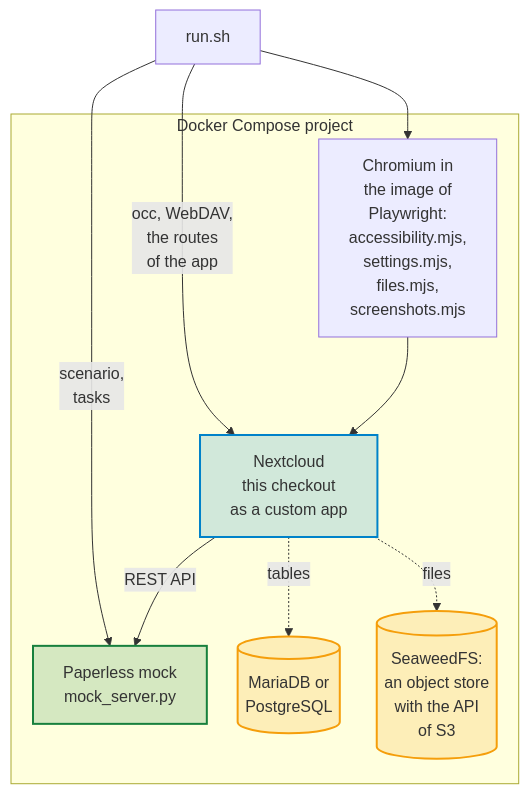
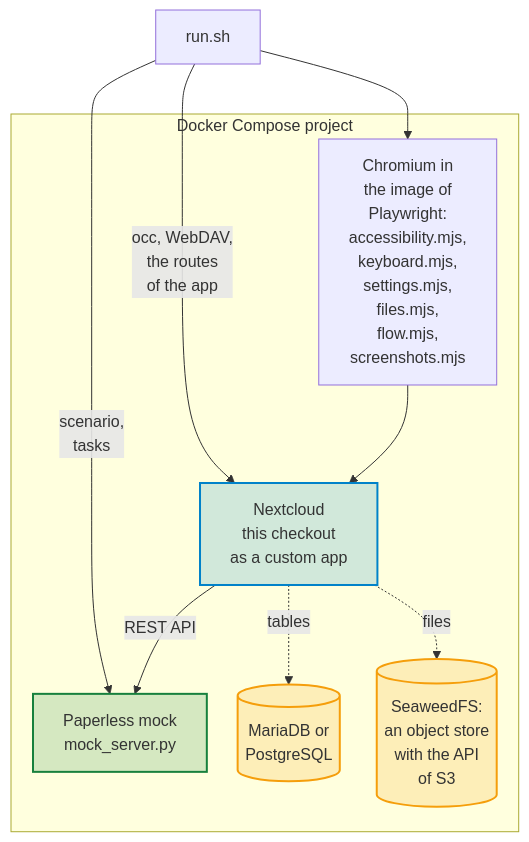
One commit to Dennis-Otto/paperless-sync changed the diagram in docs/diagrams/what-the-end-to-end-tests-run.mmd. Above: the diagram before and after it, drawn with Mermaid. The commit also changed 19 other files, not shown here.

```diff
--- a/docs/diagrams/what-the-end-to-end-tests-run.mmd
+++ b/docs/diagrams/what-the-end-to-end-tests-run.mmd
@@ -1,32 +1,33 @@
 ---
 config:
   flowchart:
     nodeSpacing: 24
+    wrappingWidth: 240
 ---
 flowchart TB
     accTitle: What the end-to-end tests run
-    accDescr: run.sh drives a Docker Compose project. It talks to Nextcloud, which runs this checkout as a custom app, through occ, WebDAV and the routes of the app; it sets the scenario and the tasks of the Paperless mock, mock_server.py, which Nextcloud calls through the REST API; and it starts Chromium in the image of Playwright, which runs accessibility.mjs, settings.mjs, files.mjs and screenshots.mjs against Nextcloud. On request, Nextcloud keeps its tables in MariaDB or PostgreSQL instead of SQLite, and its files in an object store with the API of S3.
+    accDescr: run.sh drives a Docker Compose project. It talks to Nextcloud, which runs this checkout as a custom app, through occ, WebDAV and the routes of the app; it sets the scenario and the tasks of the Paperless mock, mock_server.py, which Nextcloud calls through the REST API; and it starts Chromium in the image of Playwright, which runs accessibility.mjs, keyboard.mjs, settings.mjs, files.mjs, flow.mjs and screenshots.mjs against Nextcloud. On request, Nextcloud keeps its tables in MariaDB or PostgreSQL instead of SQLite, and its files in an object store with the API of S3.
 
     run["run.sh"]
     subgraph compose ["Docker Compose project"]
-        browser["Chromium in<br>the image of<br>Playwright:<br>accessibility.mjs,<br>settings.mjs,<br>files.mjs,<br>screenshots.mjs"]
+        browser["Chromium in<br>the image of<br>Playwright:<br>accessibility.mjs,<br>keyboard.mjs,<br>settings.mjs,<br>files.mjs,<br>flow.mjs,<br>screenshots.mjs"]
         nextcloud["Nextcloud<br>this checkout<br>as a custom app"]
         mock["Paperless mock<br>mock_server.py"]
         database[("MariaDB or<br>PostgreSQL")]
         s3[("SeaweedFS:<br>an object store<br>with the API<br>of S3")]
     end
 
     run --> browser
     run -- "occ, WebDAV,<br>the routes<br>of the app" --> nextcloud
     run -- "scenario,<br>tasks" --> mock
     browser --> nextcloud
     nextcloud -- "REST API" --> mock
     nextcloud -. "tables" .-> database
     nextcloud -. "files" .-> s3
 
     classDef nextcloud fill:#0082c92e,stroke:#0082c9,stroke-width:2px
     classDef paperless fill:#17803d2e,stroke:#17803d,stroke-width:2px
     classDef data fill:#f59e0b2e,stroke:#f59e0b,stroke-width:2px
     class nextcloud nextcloud
     class mock paperless
     class database,s3 data
```
